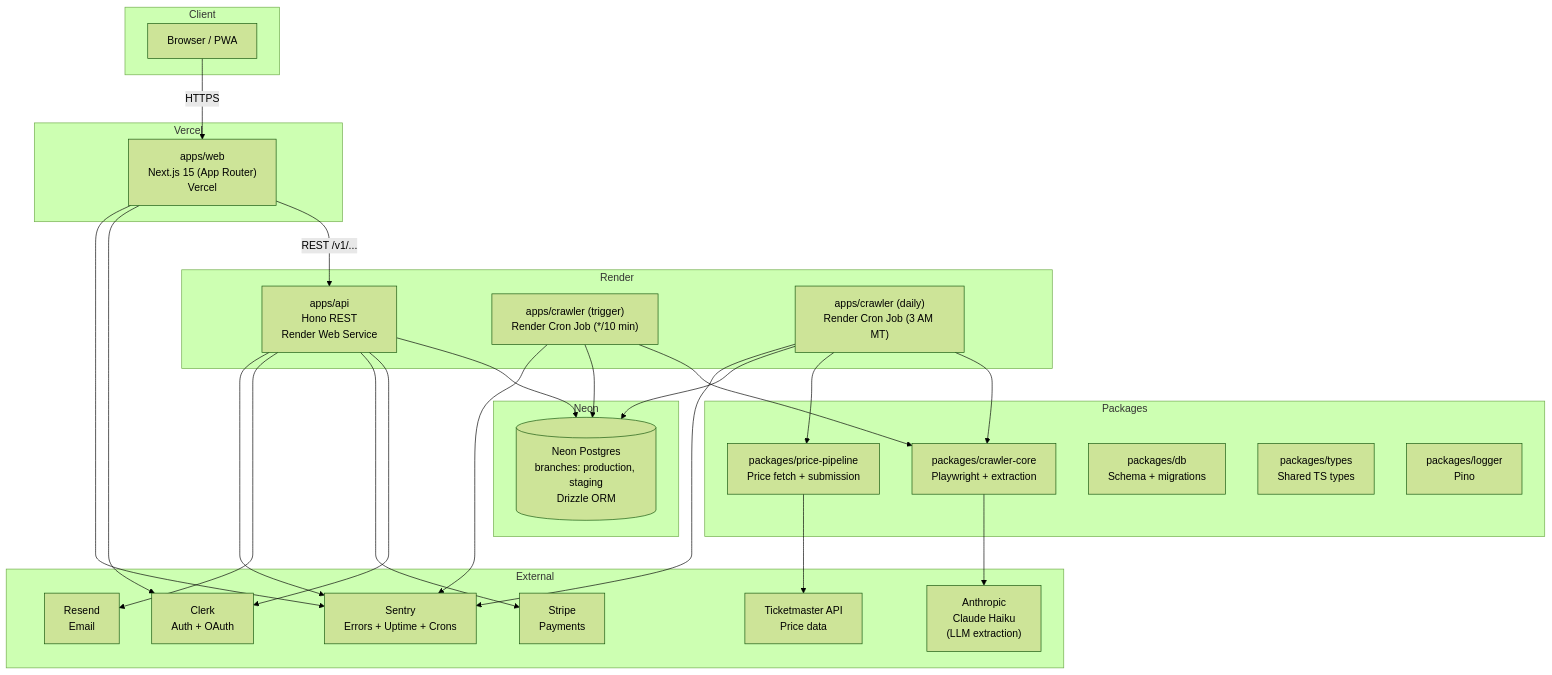
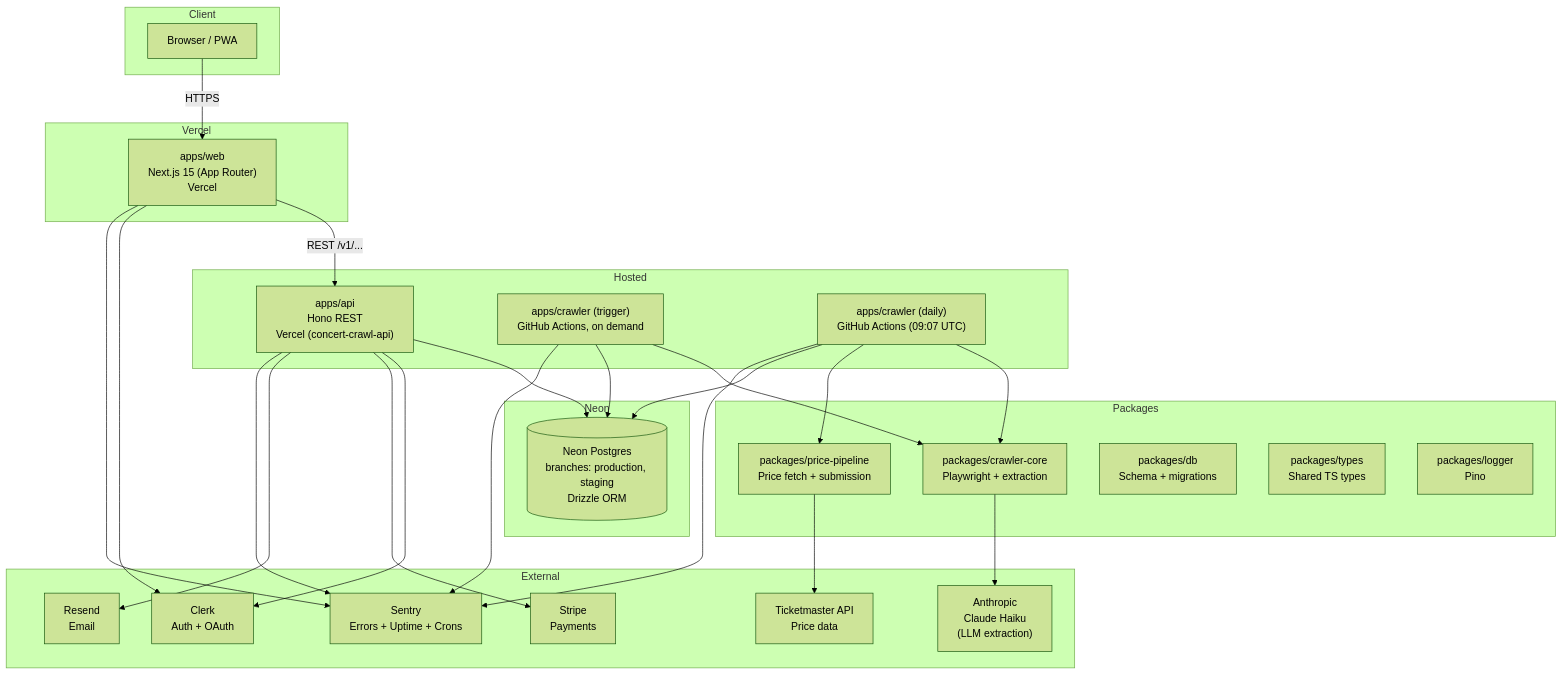
Before and after one commit to featherweight-design/concert-crawl: the diagram in README.md, drawn with Mermaid (forest theme). The commit also changed other lines of this file and 23 other files, not shown here.

First line of the commit message:
ci(crawler): cut the prod pipeline over to the Actions crawler (#1810)

````diff
--- a/README.md
+++ b/README.md
@@ -7,56 +7,56 @@
 ```mermaid
 flowchart TD
     subgraph Client
         Browser["Browser / PWA"]
     end
 
     subgraph Vercel
         Web["apps/web\nNext.js 15 (App Router)\nVercel"]
     end
 
-    subgraph Render
-        API["apps/api\nHono REST\nRender Web Service"]
-        CrawlerTrigger["apps/crawler (trigger)\nRender Cron Job (*/10 min)"]
-        CrawlerDaily["apps/crawler (daily)\nRender Cron Job (3 AM MT)"]
+    subgraph Hosted
+        API["apps/api\nHono REST\nVercel (concert-crawl-api)"]
+        CrawlerTrigger["apps/crawler (trigger)\nGitHub Actions, on demand"]
+        CrawlerDaily["apps/crawler (daily)\nGitHub Actions (09:07 UTC)"]
     end
 
     subgraph Neon
         DB[("Neon Postgres\nbranches: production, staging\nDrizzle ORM")]
     end
 
     subgraph Packages
         CrawlerCore["packages/crawler-core\nPlaywright + extraction"]
         PricePipeline["packages/price-pipeline\nPrice fetch + submission"]
         DBPkg["packages/db\nSchema + migrations"]
         Types["packages/types\nShared TS types"]
         Logger["packages/logger\nPino"]
     end
 
     subgraph External
         Clerk["Clerk\nAuth + OAuth"]
         Anthropic["Anthropic\nClaude Haiku\n(LLM extraction)"]
         Ticketmaster["Ticketmaster API\nPrice data"]
         Stripe["Stripe\nPayments"]
         Resend["Resend\nEmail"]
         Sentry["Sentry\nErrors + Uptime + Crons"]
     end
 
     Browser -->|HTTPS| Web
     Web -->|REST /v1/...| API
     API --> DB
     CrawlerTrigger --> CrawlerCore
     CrawlerTrigger --> DB
     CrawlerDaily --> CrawlerCore
     CrawlerDaily --> PricePipeline
     CrawlerDaily --> DB
     CrawlerCore --> Anthropic
     PricePipeline --> Ticketmaster
     API --> Clerk
     Web --> Clerk
     API --> Stripe
     API --> Resend
     API --> Sentry
     Web --> Sentry
     CrawlerTrigger --> Sentry
     CrawlerDaily --> Sentry
 ```
````
